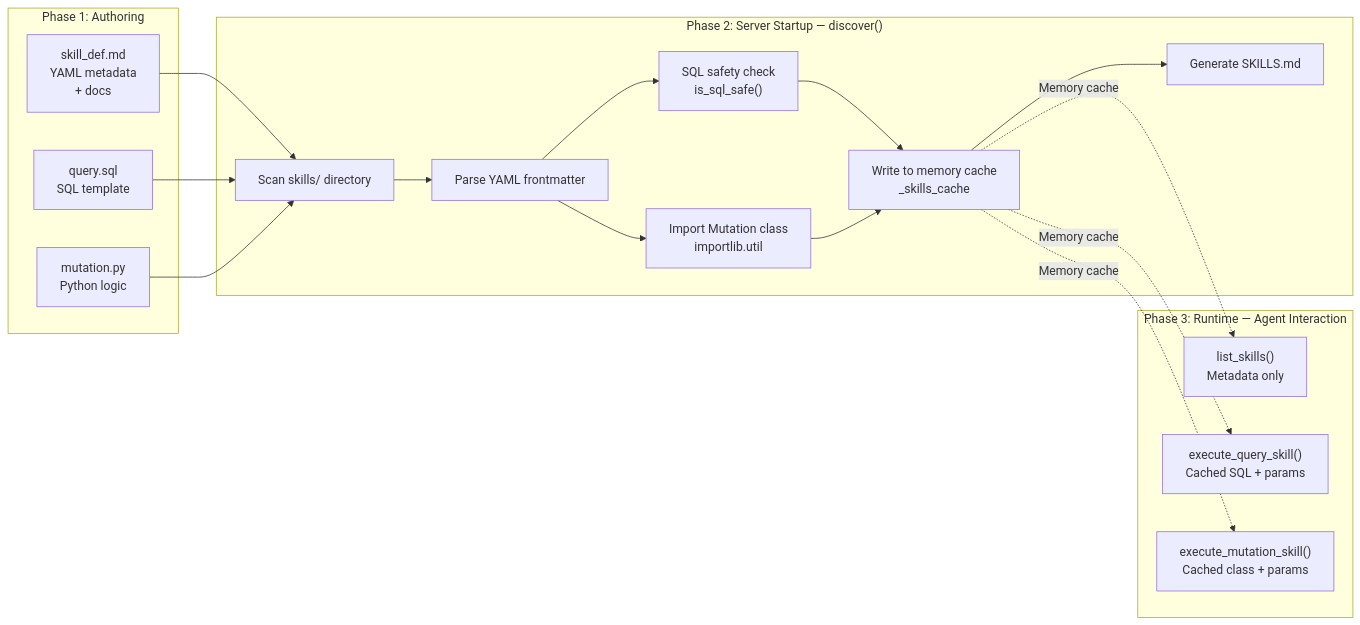
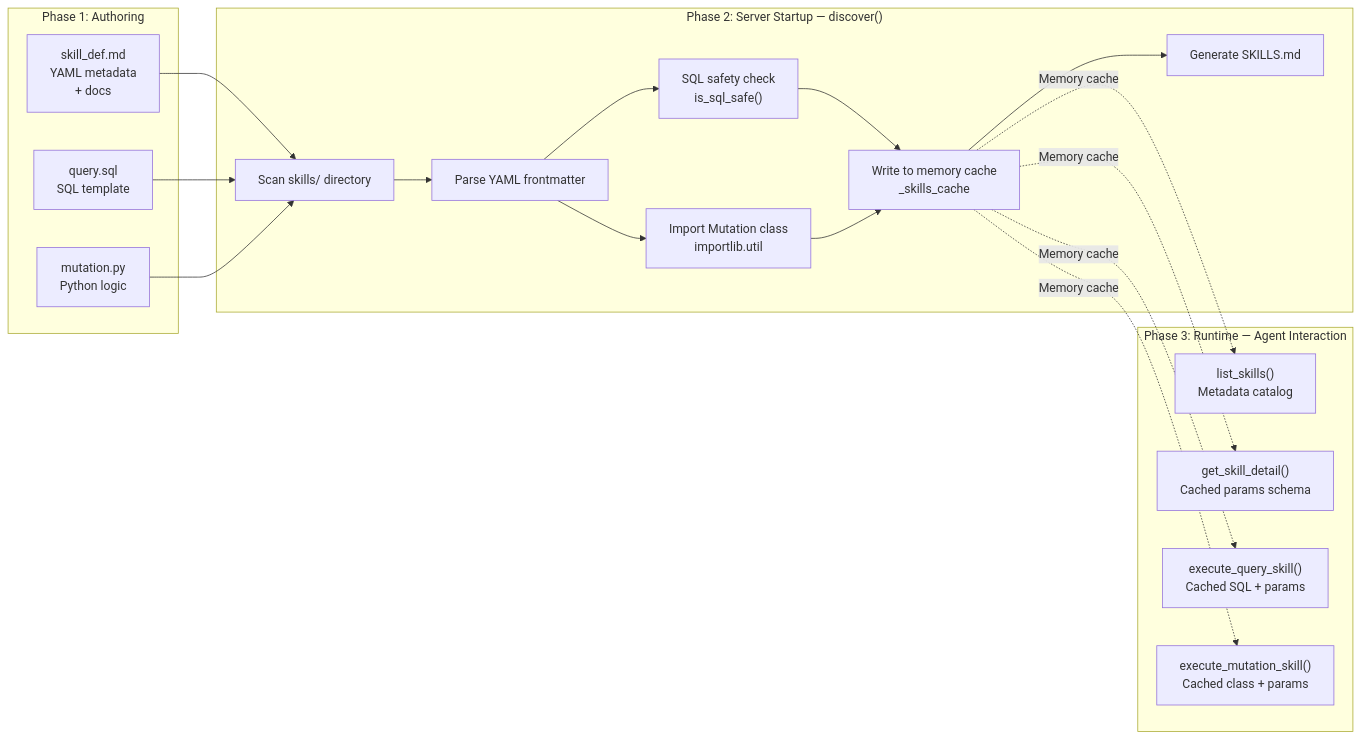
The second of 3 diagrams in README.md (Firstmeridian/llm-sql-safety-executor-mcp), drawn with Mermaid before and after one commit. The commit also changed other lines of this file and 21 other files, not shown here.

First line of the commit message:
feat: add Skills metadata disclosure, availability-aware discovery, and MCP hardening

````diff
--- a/README.md
+++ b/README.md
@@ -1119,32 +1286,33 @@
 ```mermaid
 flowchart LR
     subgraph Author["Phase 1: Authoring"]
         D1["skill_def.md\nYAML metadata\n+ docs"]
         D2["query.sql\nSQL template"]
         D3["mutation.py\nPython logic"]
     end
 
     subgraph Startup["Phase 2: Server Startup — discover()"]
         S1["Scan skills/ directory"]
         S2["Parse YAML frontmatter"]
         S3["SQL safety check\nis_sql_safe()"]
         S4["Import Mutation class\nimportlib.util"]
         S5["Write to memory cache\n_skills_cache"]
         S6["Generate SKILLS.md"]
     end
 
     subgraph Runtime["Phase 3: Runtime — Agent Interaction"]
-        R1["list_skills()\nMetadata only"]
-        R2["execute_query_skill()\nCached SQL + params"]
-        R3["execute_mutation_skill()\nCached class + params"]
+        R1["list_skills()\nMetadata catalog"]
+        R2["get_skill_detail()\nCached params schema"]
+        R3["execute_query_skill()\nCached SQL + params"]
+        R4["execute_mutation_skill()\nCached class + params"]
     end
 
     D1 --> S1
     D2 --> S1
     D3 --> S1
     S1 --> S2 --> S3 & S4
     S3 --> S5
     S4 --> S5
     S5 --> S6
-    S5 -.->|"Memory cache"| R1 & R2 & R3
+    S5 -.->|"Memory cache"| R1 & R2 & R3 & R4
 ```
````
